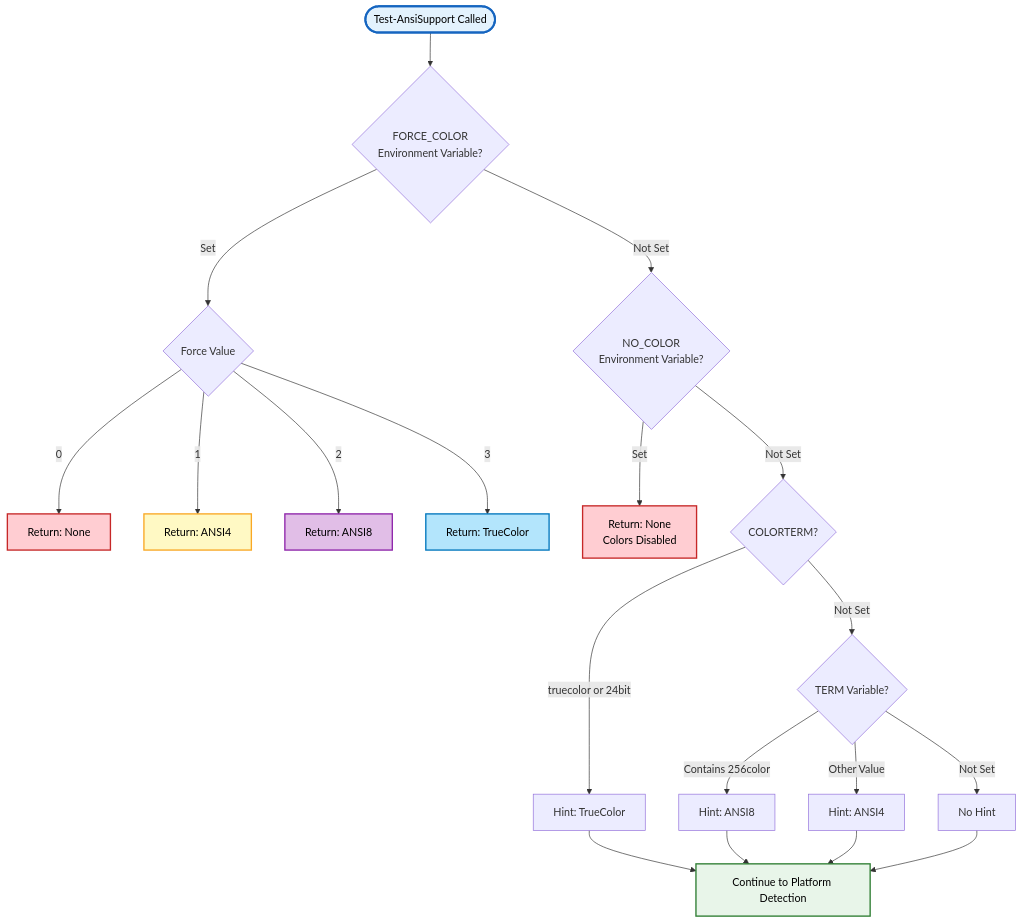
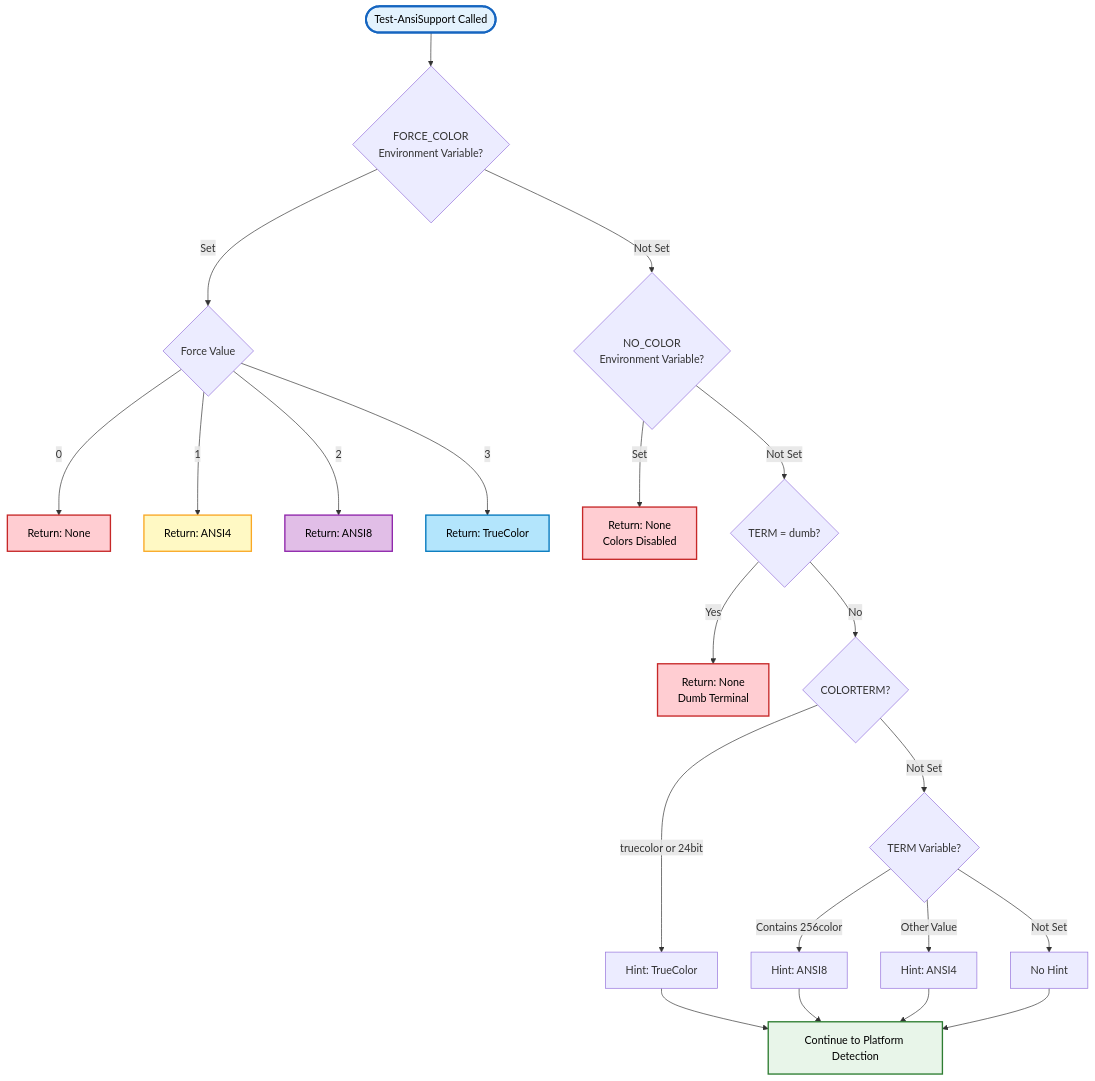
One commit to MarkusMcNugen/PSWriteColorEX changed the first of 6 diagrams in Docs/Public/Test-AnsiSupport.md. Above: the diagram before and after it, drawn with Mermaid. The commit also changed other lines of this file and 10 other files, not shown here.

````diff
--- a/Docs/Public/Test-AnsiSupport.md
+++ b/Docs/Public/Test-AnsiSupport.md
@@ -196,35 +196,39 @@
 ```mermaid
 graph TD
     Start([Test-AnsiSupport Called]) --> CheckForce{FORCE_COLOR<br/>Environment Variable?}
 
     CheckForce -->|Set| ApplyForce{Force Value}
     CheckForce -->|Not Set| CheckNoColor{NO_COLOR<br/>Environment Variable?}
 
     ApplyForce -->|0| ReturnNone1[Return: None]
     ApplyForce -->|1| ReturnANSI4_1[Return: ANSI4]
     ApplyForce -->|2| ReturnANSI8_1[Return: ANSI8]
     ApplyForce -->|3| ReturnTC1[Return: TrueColor]
 
     CheckNoColor -->|Set| ReturnNone2[Return: None<br/>Colors Disabled]
-    CheckNoColor -->|Not Set| CheckColorTerm{COLORTERM?}
+    CheckNoColor -->|Not Set| CheckDumb{TERM = dumb?}
+
+    CheckDumb -->|Yes| ReturnNone3[Return: None<br/>Dumb Terminal]
+    CheckDumb -->|No| CheckColorTerm{COLORTERM?}
 
     CheckColorTerm -->|truecolor or 24bit| SetTCHint[Hint: TrueColor]
     CheckColorTerm -->|Not Set| CheckTerm{TERM Variable?}
 
     CheckTerm -->|Contains 256color| SetA8Hint[Hint: ANSI8]
     CheckTerm -->|Other Value| SetA4Hint[Hint: ANSI4]
     CheckTerm -->|Not Set| NoHint[No Hint]
 
     SetTCHint --> ToPlatform[Continue to Platform Detection]
     SetA8Hint --> ToPlatform
     SetA4Hint --> ToPlatform
     NoHint --> ToPlatform
 
     style Start fill:#e3f2fd,stroke:#1565c0,stroke-width:3px,color:#000
     style ReturnNone1 fill:#ffcdd2,stroke:#c62828,stroke-width:2px,color:#000
     style ReturnNone2 fill:#ffcdd2,stroke:#c62828,stroke-width:2px,color:#000
+    style ReturnNone3 fill:#ffcdd2,stroke:#c62828,stroke-width:2px,color:#000
     style ReturnANSI4_1 fill:#fff9c4,stroke:#f9a825,stroke-width:2px,color:#000
     style ReturnANSI8_1 fill:#e1bee7,stroke:#8e24aa,stroke-width:2px,color:#000
     style ReturnTC1 fill:#b3e5fc,stroke:#0277bd,stroke-width:2px,color:#000
     style ToPlatform fill:#e8f5e9,stroke:#2e7d32,stroke-width:2px,color:#000
 ```
````
